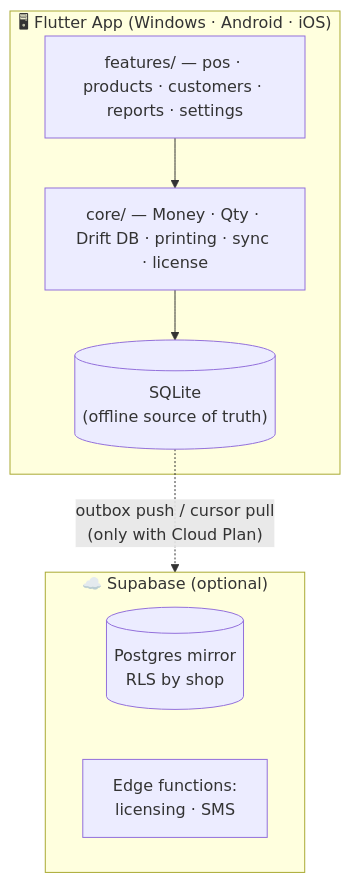
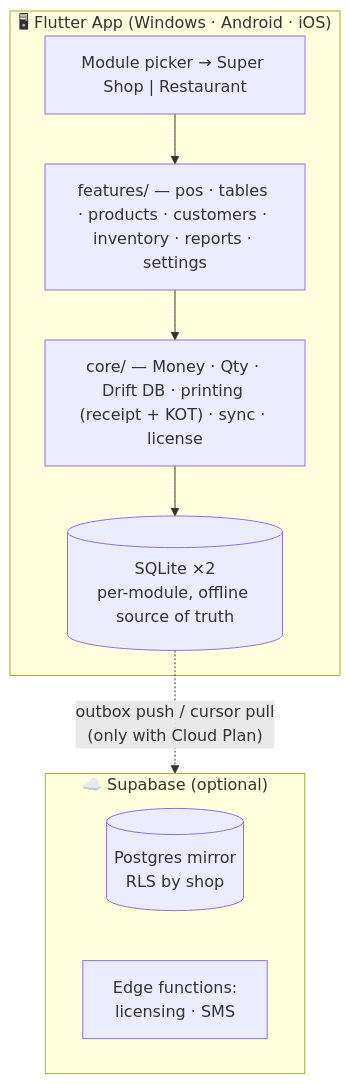
Before and after one commit to proffesergio/bechakena: the diagram in README.md, drawn with Mermaid. The commit also changed other lines of this file and 105 other files, not shown here.

````diff
--- a/README.md
+++ b/README.md
@@ -78,14 +132,15 @@
 ```mermaid
 flowchart TB
     subgraph APP["🖥 Flutter App (Windows · Android · iOS)"]
-        UI["features/ — pos · products · customers · reports · settings"]
-        CORE["core/ — Money · Qty · Drift DB · printing · sync · license"]
-        UI --> CORE
-        CORE --> DB[("SQLite\n(offline source of truth)")]
+        PICK["Module picker → Super Shop | Restaurant"]
+        UI["features/ — pos · tables · products · customers · inventory · reports · settings"]
+        CORE["core/ — Money · Qty · Drift DB · printing (receipt + KOT) · sync · license"]
+        PICK --> UI --> CORE
+        CORE --> DB[("SQLite ×2\nper-module, offline source of truth")]
     end
     DB -. "outbox push / cursor pull\n(only with Cloud Plan)" .-> SB
     subgraph SB["☁️ Supabase (optional)"]
         PG[("Postgres mirror\nRLS by shop")]
         EF["Edge functions:\nlicensing · SMS"]
     end
 ```
````
